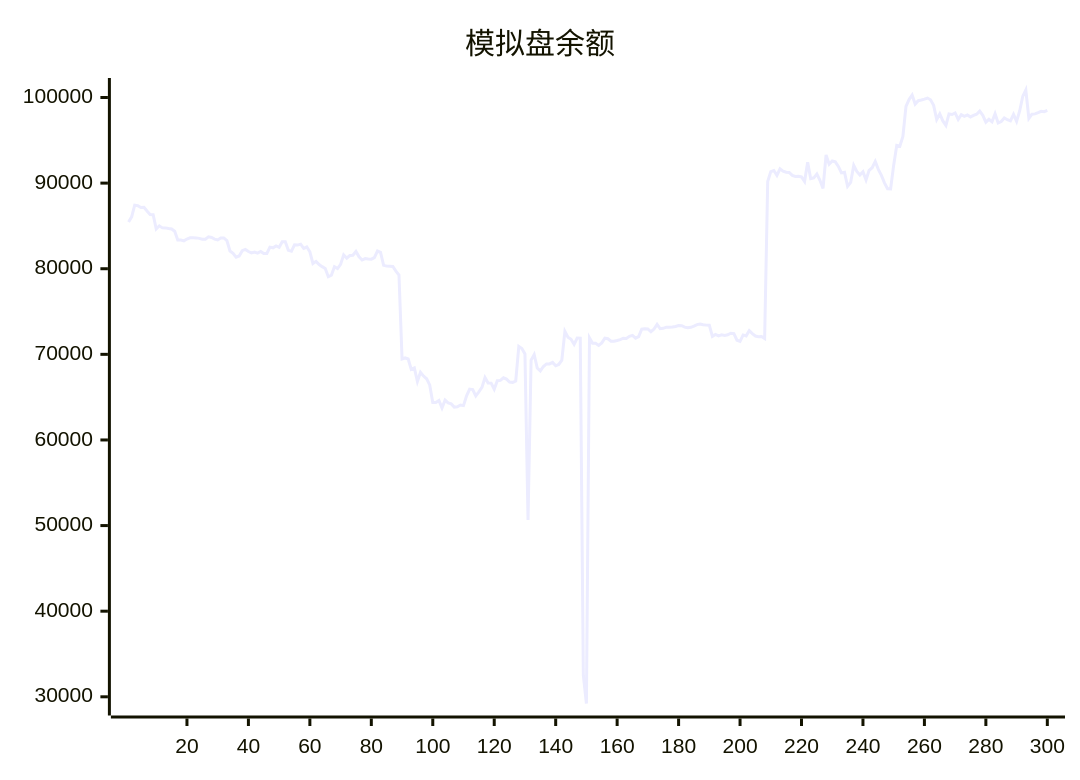
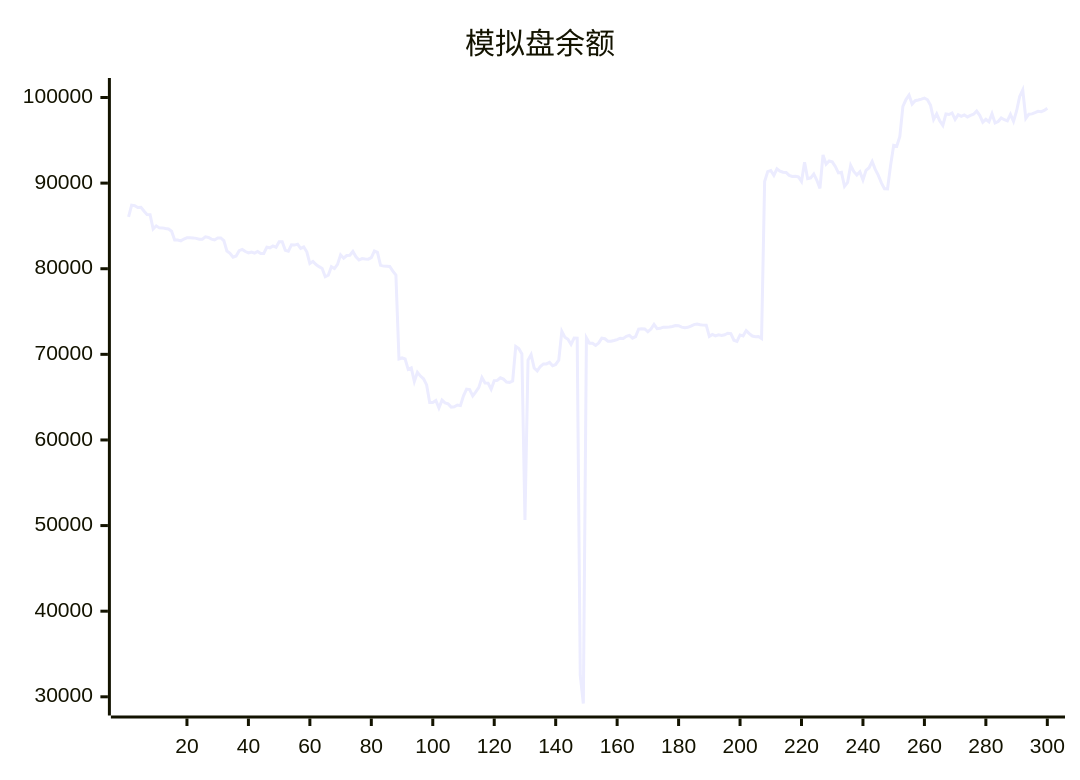
One commit to aahl/ai-trading changed the diagram in README.md. Above: the diagram before and after it, drawn with Mermaid. The commit also changed other lines of this file and 1 other file, not shown here.

````diff
--- a/README.md
+++ b/README.md
@@ -5,5 +5,5 @@
 ```mermaid
 xychart
     title "模拟盘余额"
-    line [85453,86066,87420,87373,87161,87178,86740,86341,86315,84643,85012,84772,84768,84690,84635,84376,83360,83357,83259,83474,83608,83606,83602,83548,83440,83454,83724,83644,83464,83365,83590,83592,83275,82072,81806,81344,81492,82109,82254,82006,81848,81955,81829,82022,81769,81776,82522,82441,82656,82498,83144,83144,82150,82038,82797,82763,82872,82367,82536,81981,80612,80862,80484,80242,80034,79063,79245,80226,80016,80507,81625,81233,81544,81578,82016,81401,81019,81186,81130,81118,81306,82066,81909,80392,80304,80291,80258,79729,79261,69466,69579,69456,68251,68415,66832,67911,67462,67144,66432,64380,64375,64606,63740,64647,64324,64216,63842,63877,64078,64008,65156,65945,65888,65157,65625,66144,67284,66653,66639,65924,66925,66956,67263,67108,66766,66729,66886,70927,70673,70049,50652,69334,69973,68400,68061,68578,68876,68879,69055,68662,68822,69329,72687,71999,71760,71162,71911,71896,32500,29218,71927,71297,71305,71044,71337,71883,71822,71536,71536,71622,71723,71880,71860,72100,72216,71887,72077,72940,72976,72966,72638,72948,73497,73004,73041,73173,73160,73186,73258,73375,73351,73173,73098,73161,73305,73474,73536,73457,73413,73412,72100,72333,72164,72272,72204,72285,72461,72421,71652,71521,72267,72157,72774,72424,72144,72060,72091,71858,90185,91338,91466,90900,91678,91404,91268,91244,90903,90779,90787,90721,90187,92429,90518,90619,91070,90328,89376,93286,92202,92581,92485,91947,91196,91259,89619,90086,92063,91355,90950,91327,90373,91498,91800,92531,91603,90910,90031,89351,89334,92097,94406,94315,95455,98972,99763,100286,99229,99622,99701,99805,99938,99738,99082,97430,98094,97267,96741,98081,98013,98194,97447,97983,97789,97969,97729,97911,98043,98405,97912,97120,97448,97154,98095,97021,97190,97616,97402,97263,98035,97210,98424,100120,100876,97552,98049,98085,98228,98388,98342,98488]
+    line [86066,87420,87373,87161,87178,86740,86341,86315,84643,85012,84772,84768,84690,84635,84376,83360,83357,83259,83474,83608,83606,83602,83548,83440,83454,83724,83644,83464,83365,83590,83592,83275,82072,81806,81344,81492,82109,82254,82006,81848,81955,81829,82022,81769,81776,82522,82441,82656,82498,83144,83144,82150,82038,82797,82763,82872,82367,82536,81981,80612,80862,80484,80242,80034,79063,79245,80226,80016,80507,81625,81233,81544,81578,82016,81401,81019,81186,81130,81118,81306,82066,81909,80392,80304,80291,80258,79729,79261,69466,69579,69456,68251,68415,66832,67911,67462,67144,66432,64380,64375,64606,63740,64647,64324,64216,63842,63877,64078,64008,65156,65945,65888,65157,65625,66144,67284,66653,66639,65924,66925,66956,67263,67108,66766,66729,66886,70927,70673,70049,50652,69334,69973,68400,68061,68578,68876,68879,69055,68662,68822,69329,72687,71999,71760,71162,71911,71896,32500,29218,71927,71297,71305,71044,71337,71883,71822,71536,71536,71622,71723,71880,71860,72100,72216,71887,72077,72940,72976,72966,72638,72948,73497,73004,73041,73173,73160,73186,73258,73375,73351,73173,73098,73161,73305,73474,73536,73457,73413,73412,72100,72333,72164,72272,72204,72285,72461,72421,71652,71521,72267,72157,72774,72424,72144,72060,72091,71858,90185,91338,91466,90900,91678,91404,91268,91244,90903,90779,90787,90721,90187,92429,90518,90619,91070,90328,89376,93286,92202,92581,92485,91947,91196,91259,89619,90086,92063,91355,90950,91327,90373,91498,91800,92531,91603,90910,90031,89351,89334,92097,94406,94315,95455,98972,99763,100286,99229,99622,99701,99805,99938,99738,99082,97430,98094,97267,96741,98081,98013,98194,97447,97983,97789,97969,97729,97911,98043,98405,97912,97120,97448,97154,98095,97021,97190,97616,97402,97263,98035,97210,98424,100120,100876,97552,98049,98085,98228,98388,98342,98488,98750]
 ```
````
